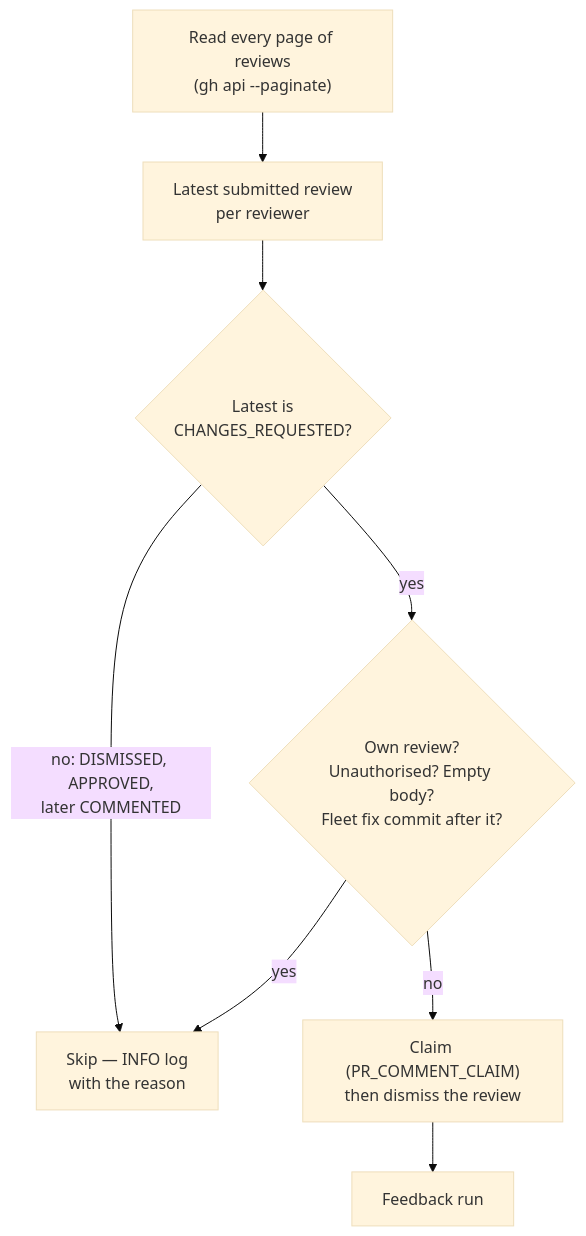
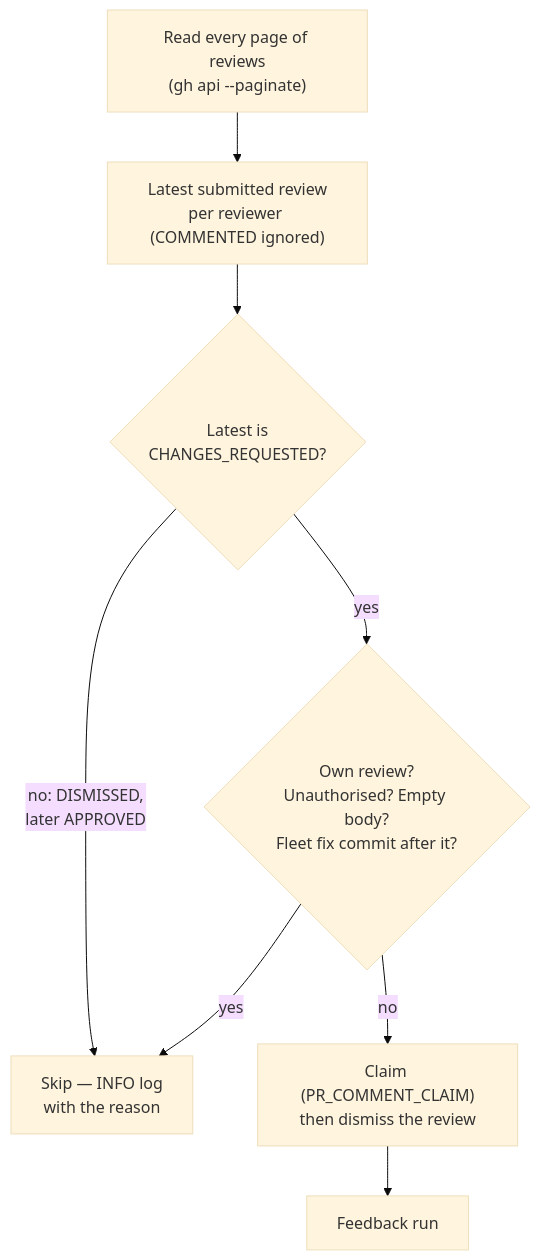
Before and after one commit to stSoftwareAU/VibeCoder: the second of 8 diagrams in docs/workflows/pr-feedback.md, drawn with Mermaid (base theme). The commit also changed other lines of this file and 4 other files, not shown here.

First line of the commit message:
Keep a change request outstanding after a COMMENTED review (PR #2713)

````diff
--- a/docs/workflows/pr-feedback.md
+++ b/docs/workflows/pr-feedback.md
@@ -156,10 +157,10 @@
    ```mermaid
    flowchart TD
-       R["Read every page of reviews<br/>(gh api --paginate)"] --> L["Latest submitted review<br/>per reviewer"]
+       R["Read every page of reviews<br/>(gh api --paginate)"] --> L["Latest submitted review<br/>per reviewer (COMMENTED ignored)"]
        L --> Q{"Latest is<br/>CHANGES_REQUESTED?"}
-       Q -- "no: DISMISSED, APPROVED,<br/>later COMMENTED" --> S["Skip — INFO log<br/>with the reason"]
+       Q -- "no: DISMISSED,<br/>later APPROVED" --> S["Skip — INFO log<br/>with the reason"]
        Q -- yes --> O{"Own review?<br/>Unauthorised? Empty body?<br/>Fleet fix commit after it?"}
        O -- yes --> S
        O -- no --> C["Claim (PR_COMMENT_CLAIM)<br/>then dismiss the review"]
        C --> F["Feedback run"]
    ```
````
